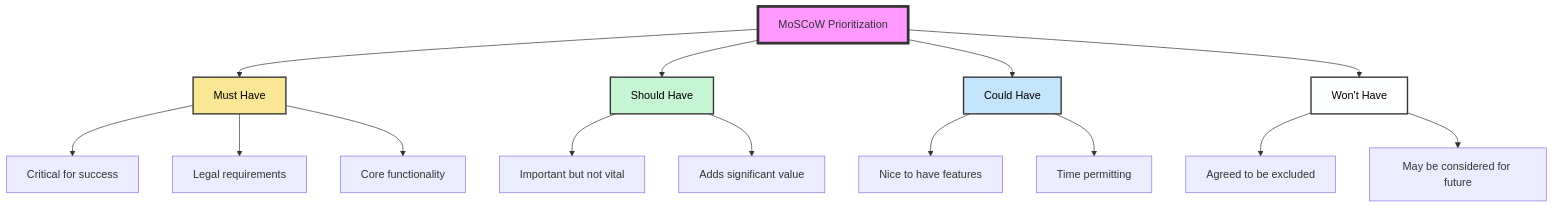
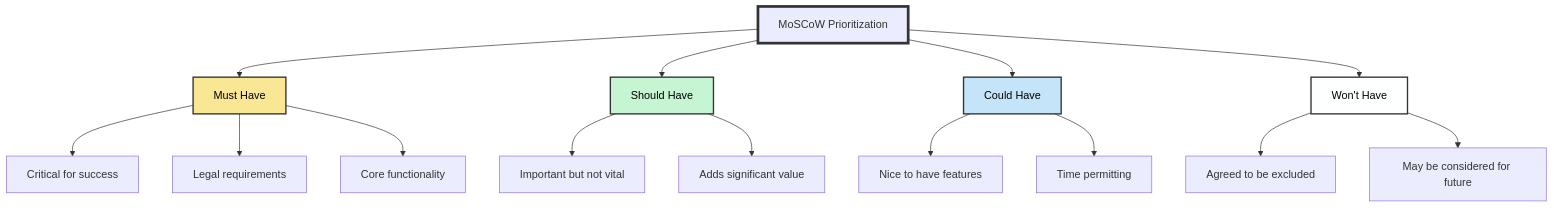
Before and after one commit to guneshpatil/sliq-tools-with-diagrams: the diagram in diagrams/requirement-analysis/MoSCoW.mmd, drawn with Mermaid. The commit also changed 3 other files, not shown here.

```diff
--- a/diagrams/requirement-analysis/MoSCoW.mmd
+++ b/diagrams/requirement-analysis/MoSCoW.mmd
@@ -1,24 +1,24 @@
 graph TD
-    A[MoSCoW Prioritization] --> B[Must Have]
-    A --> C[Should Have]
-    A --> D[Could Have]
-    A --> E[Won't Have]
+A[MoSCoW Prioritization] --> B[Must Have]
+A --> C[Should Have]
+A --> D[Could Have]
+A --> E[Won't Have]
 
-    B --> B1[Critical for success]
-    B --> B2[Legal requirements]
-    B --> B3[Core functionality]
+B --> B1[Critical for success]
+B --> B2[Legal requirements]
+B --> B3[Core functionality]
 
-    C --> C1[Important but not vital]
-    C --> C2[Adds significant value]
+C --> C1[Important but not vital]
+C --> C2[Adds significant value]
 
-    D --> D1[Nice to have features]
-    D --> D2[Time permitting]
+D --> D1[Nice to have features]
+D --> D2[Time permitting]
 
-    E --> E1[Agreed to be excluded]
-    E --> E2[May be considered for future]
+E --> E1[Agreed to be excluded]
+E --> E2[May be considered for future]
 
-    style A fill:#f9f,stroke:#333,stroke-width:4px
-    style B fill:#F9E796,stroke:#333,stroke-width:2px,color:black
-    style C fill:#C6F5D3,stroke:#333,stroke-width:2px,color:black
-    style D fill:#C4E5F9,stroke:#333,stroke-width:2px,color:black
-    style E fill:#FEFFFF,stroke:#333,stroke-width:2px,color:black
+style A stroke:#333,stroke-width:4px
+style B fill:#F9E796,stroke:#333,stroke-width:2px,color:black
+style C fill:#C6F5D3,stroke:#333,stroke-width:2px,color:black
+style D fill:#C4E5F9,stroke:#333,stroke-width:2px,color:black
+style E fill:#FEFFFF,stroke:#333,stroke-width:2px,color:black
```
